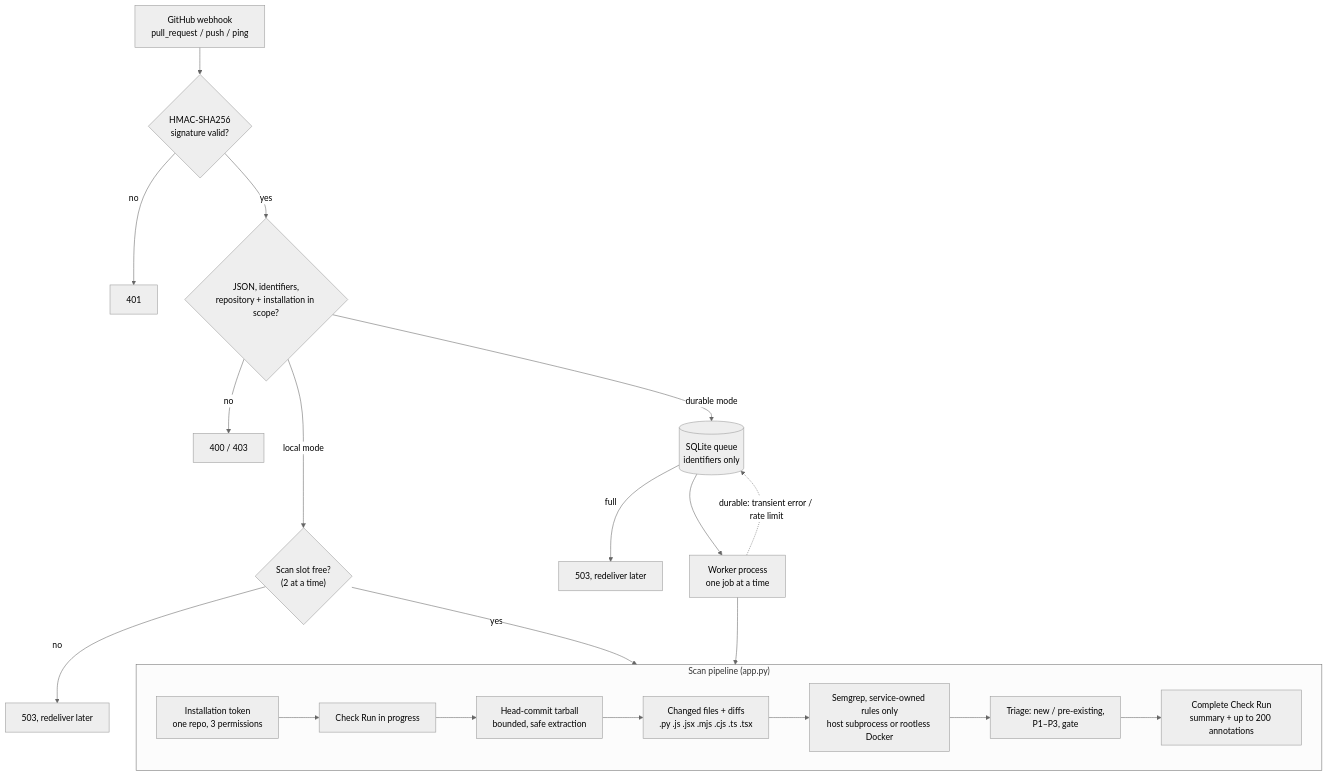
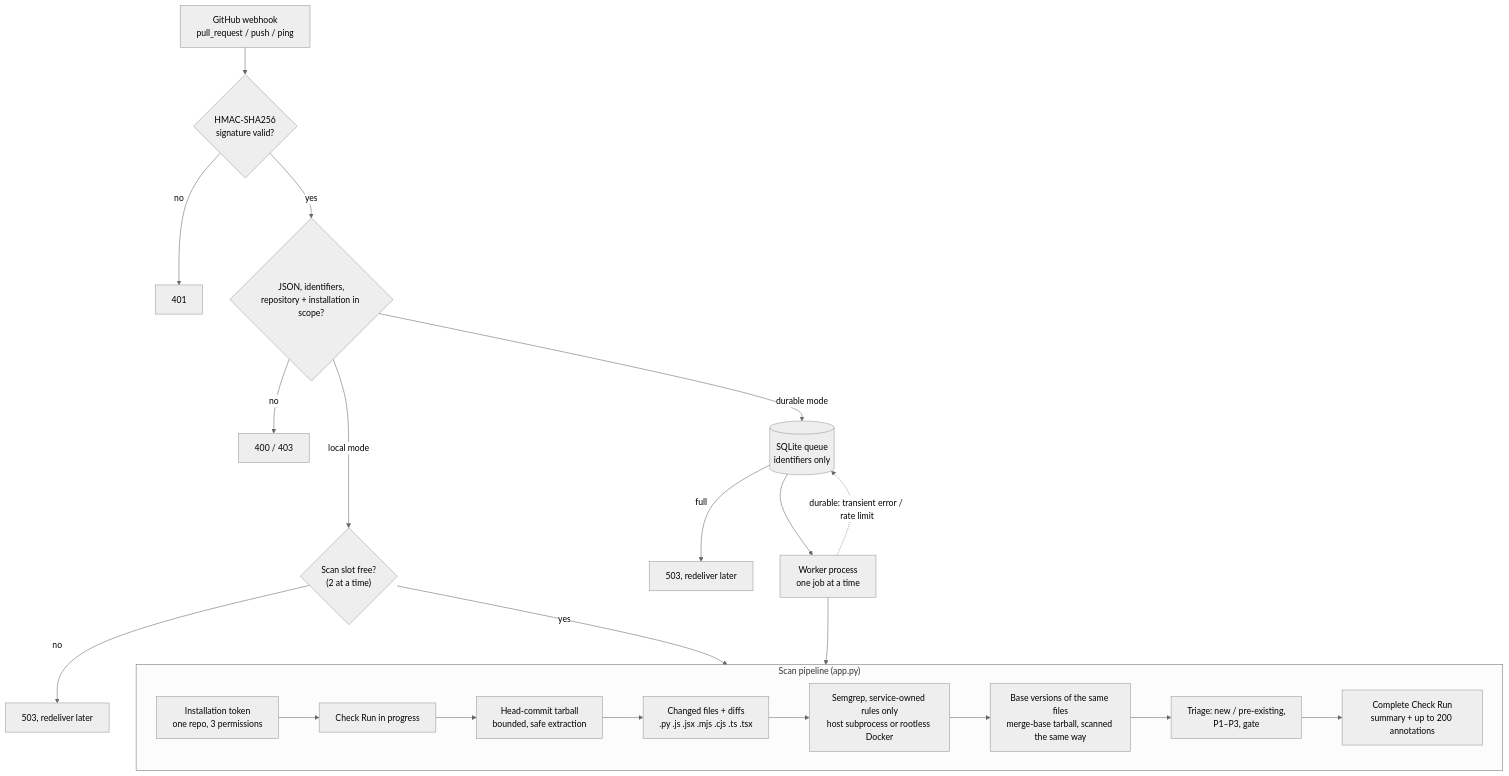
Before and after one commit to lansiquo/sast-triage: the diagram in ARCHITECTURE.md, drawn with Mermaid (neutral theme). The commit also changed other lines of this file and 9 other files, not shown here.

````diff
--- a/ARCHITECTURE.md
+++ b/ARCHITECTURE.md
@@ -5,23 +5,24 @@
 ```mermaid
 flowchart TD
     GH["GitHub webhook<br/>pull_request / push / ping"] --> SIG{"HMAC-SHA256<br/>signature valid?"}
     SIG -- no --> R401["401"]
     SIG -- yes --> VAL{"JSON, identifiers,<br/>repository + installation in scope?"}
     VAL -- no --> R4xx["400 / 403"]
     VAL -- "local mode" --> SLOT{"Scan slot free?<br/>(2 at a time)"}
     SLOT -- no --> R503a["503, redeliver later"]
     SLOT -- yes --> SCAN
     VAL -- "durable mode" --> Q[("SQLite queue<br/>identifiers only")]
     Q -- full --> R503b["503, redeliver later"]
     Q --> W["Worker process<br/>one job at a time"]
     W --> SCAN
     subgraph SCAN["Scan pipeline (app.py)"]
         TOK["Installation token<br/>one repo, 3 permissions"] --> CHK["Check Run in progress"]
         CHK --> TAR["Head-commit tarball<br/>bounded, safe extraction"]
         TAR --> FILES["Changed files + diffs<br/>.py .js .jsx .mjs .cjs .ts .tsx"]
         FILES --> SG["Semgrep, service-owned rules only<br/>host subprocess or rootless Docker"]
-        SG --> TRI["Triage: new / pre-existing,<br/>P1–P3, gate"]
+        SG --> BASE["Base versions of the same files<br/>merge-base tarball, scanned the same way"]
+        BASE --> TRI["Triage: new / pre-existing,<br/>P1–P3, gate"]
         TRI --> ANN["Complete Check Run<br/>summary + up to 200 annotations"]
     end
     W -. "durable: transient error / rate limit" .-> Q
 ```
````
